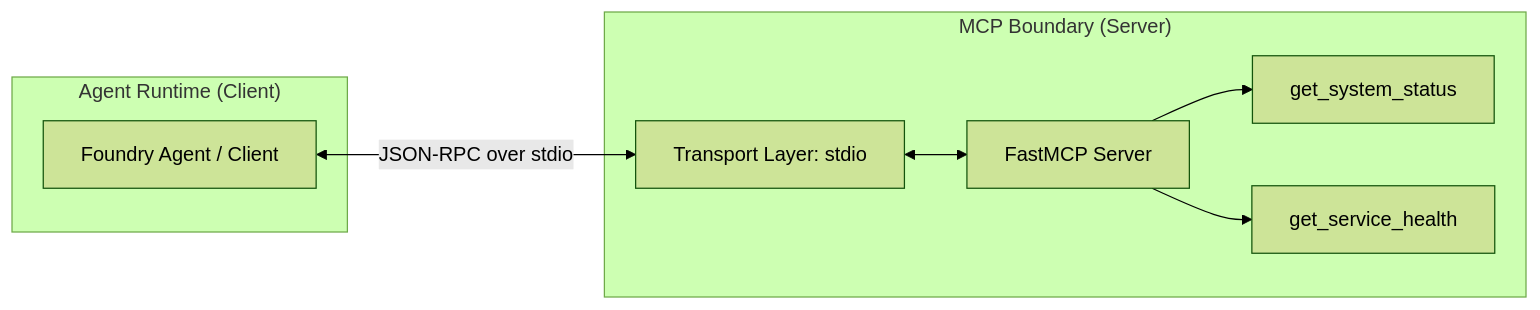
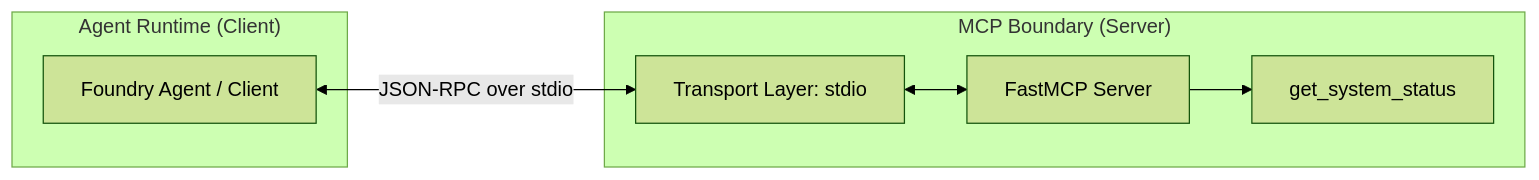
Before and after one commit to wildersa/azure_ref_kit: the diagram in building-blocks/mcp/fastmcp-basic-server/README.md, drawn with Mermaid (forest theme). The commit also changed other lines of this file and 3 other files, not shown here.

````diff
--- a/building-blocks/mcp/fastmcp-basic-server/README.md
+++ b/building-blocks/mcp/fastmcp-basic-server/README.md
@@ -8,18 +8,16 @@
 ```mermaid
 flowchart LR
     subgraph "Agent Runtime (Client)"
         Agent[Foundry Agent / Client]
     end
 
     subgraph "MCP Boundary (Server)"
         Transport[Transport Layer: stdio]
         Server[FastMCP Server]
         Tool1[get_system_status]
-        Tool2[get_service_health]
     end
 
     Agent <-->|JSON-RPC over stdio| Transport
     Transport <--> Server
     Server --> Tool1
-    Server --> Tool2
 ```
````
